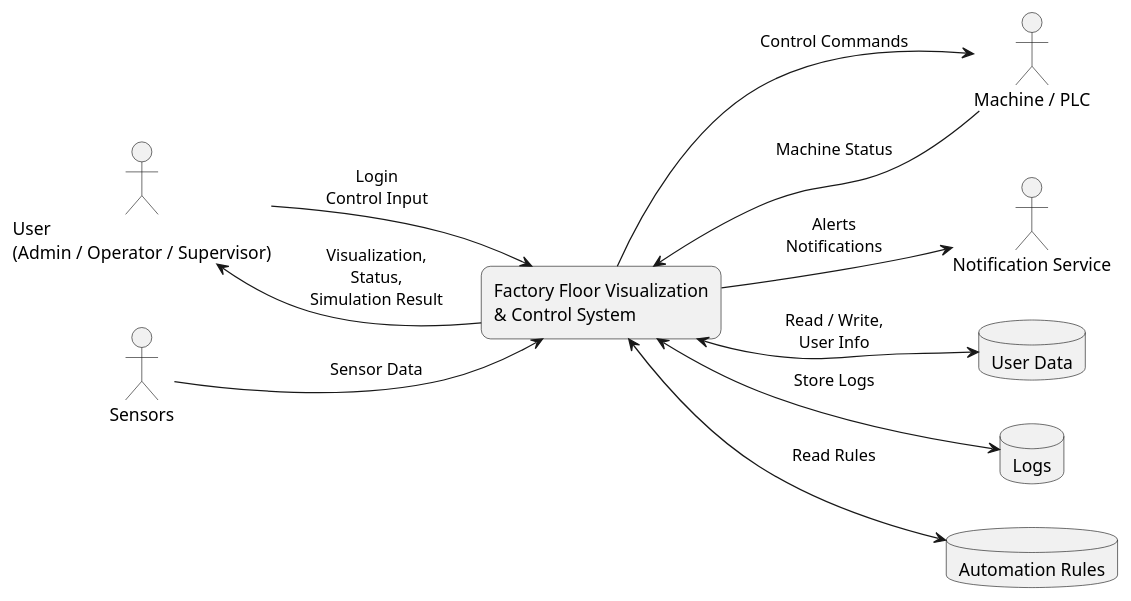
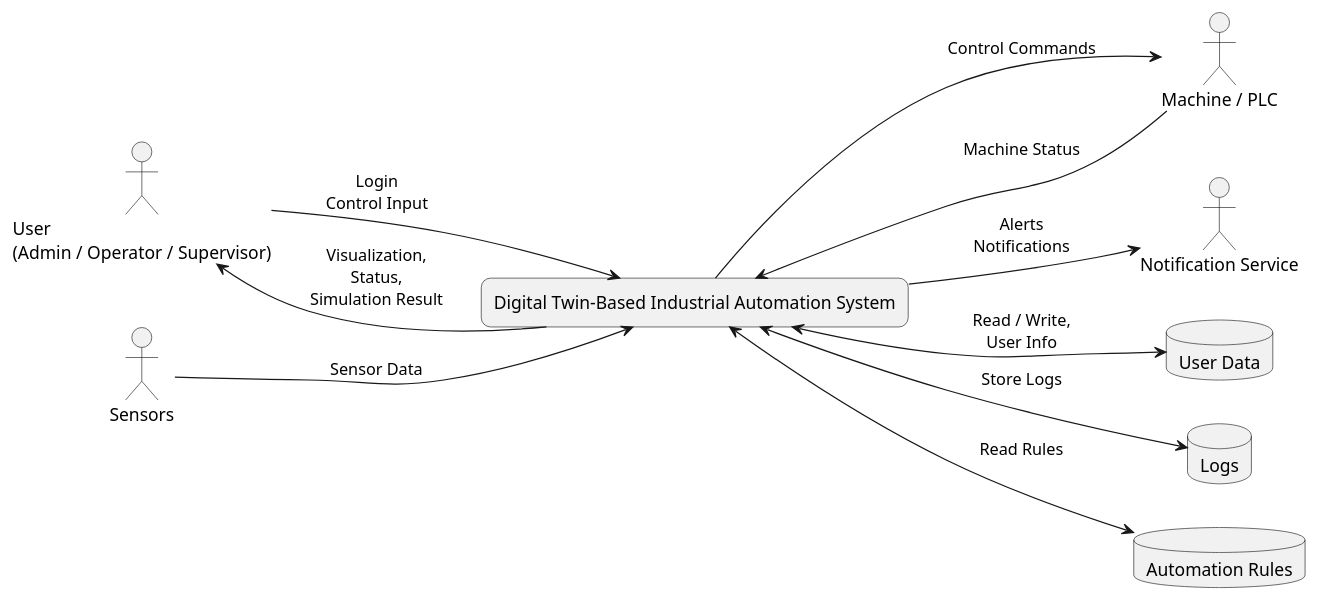
One commit to adityabhatt205/CS331-Project changed the diagram in UML/dfd_level_0.puml. Above: the diagram before and after it, drawn with PlantUML.

Commit message:
Update dfd_level_0.puml code changed the center to Digital Twin-Based Industrial Automation System ref #2

```diff
--- a/UML/dfd_level_0.puml
+++ b/UML/dfd_level_0.puml
@@ -1,29 +1,29 @@
 @startuml
 left to right direction
 skinparam roundcorner 15
 
 actor "User\n(Admin / Operator / Supervisor)" as User
 actor "Sensors" as Sensors
 actor "Machine / PLC" as Machine
 actor "Notification Service" as Notify
 
-rectangle "Factory Floor Visualization\n& Control System" as System
+rectangle "Digital Twin-Based Industrial Automation System" as System
 
 database "User Data" as D1
 database "Logs" as D2
 database "Automation Rules" as D3
 
 User --> System : Login\nControl Input
 System --> User : Visualization,\nStatus,\nSimulation Result
 
 Sensors --> System : Sensor Data
 Machine --> System : \n\nMachine Status
 System --> Machine : Control Commands
 
 System --> Notify : Alerts\nNotifications
 
 System <--> D1 : Read / Write,\nUser Info
 System <--> D2 : Store Logs
 System <--> D3 : Read Rules
 
 @enduml
```
